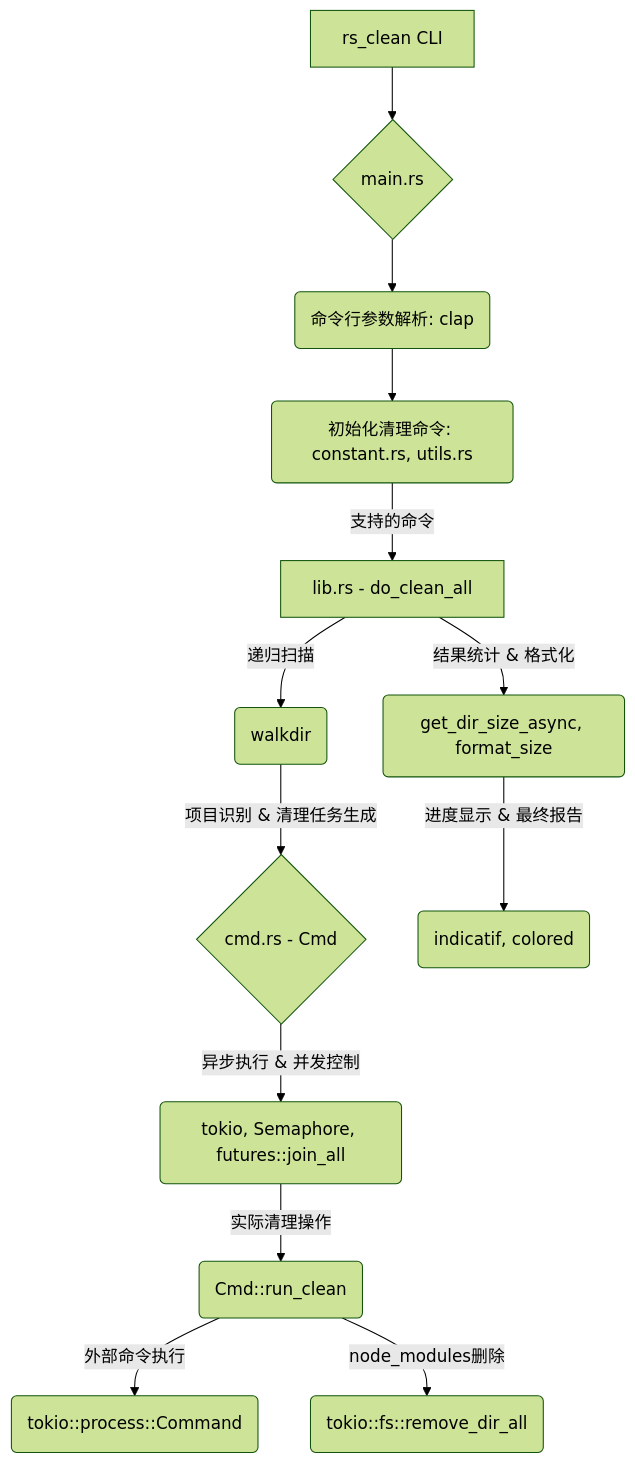
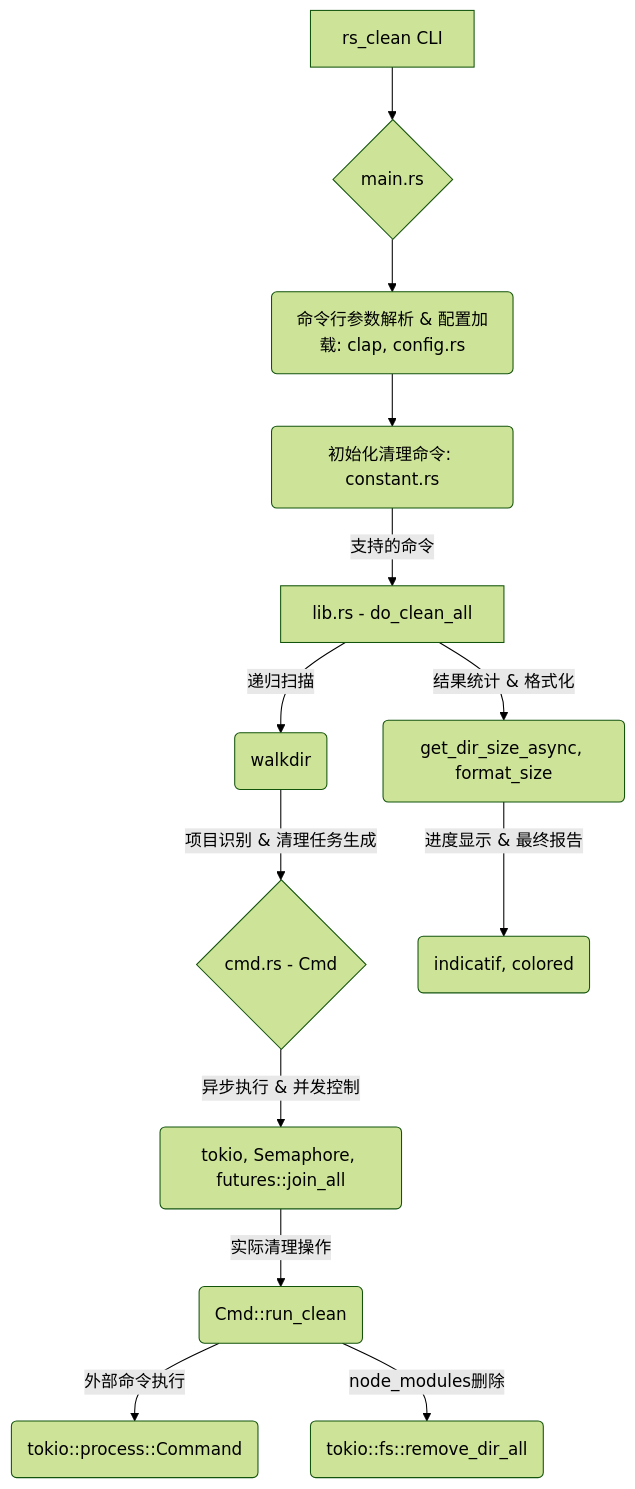
One commit to pwh-pwh/rs_clean changed the diagram in README_zh.md. Above: the diagram before and after it, drawn with Mermaid (forest theme). The commit also changed other lines of this file and 6 other files, not shown here.

````diff
--- a/README_zh.md
+++ b/README_zh.md
@@ -9,15 +9,15 @@
 ```mermaid
 graph TD
     A[rs_clean CLI] --> B{main.rs};
-    B --> C(命令行参数解析: clap);
-    C --> D(初始化清理命令: constant.rs, utils.rs);
+    B --> C(命令行参数解析 & 配置加载: clap, config.rs);
+    C --> D(初始化清理命令: constant.rs);
     D -- 支持的命令 --> E[lib.rs - do_clean_all];
     E -- 递归扫描 --> F(walkdir);
     F -- 项目识别 & 清理任务生成 --> G{cmd.rs - Cmd};
     G -- 异步执行 & 并发控制 --> H(tokio, Semaphore, futures::join_all);
     H -- 实际清理操作 --> I(Cmd::run_clean);
     I -- 外部命令执行 --> J(tokio::process::Command);
     I -- node_modules删除 --> K(tokio::fs::remove_dir_all);
     E -- 结果统计 & 格式化 --> L(get_dir_size_async, format_size);
     L -- 进度显示 & 最终报告 --> M(indicatif, colored);
 ```
````
